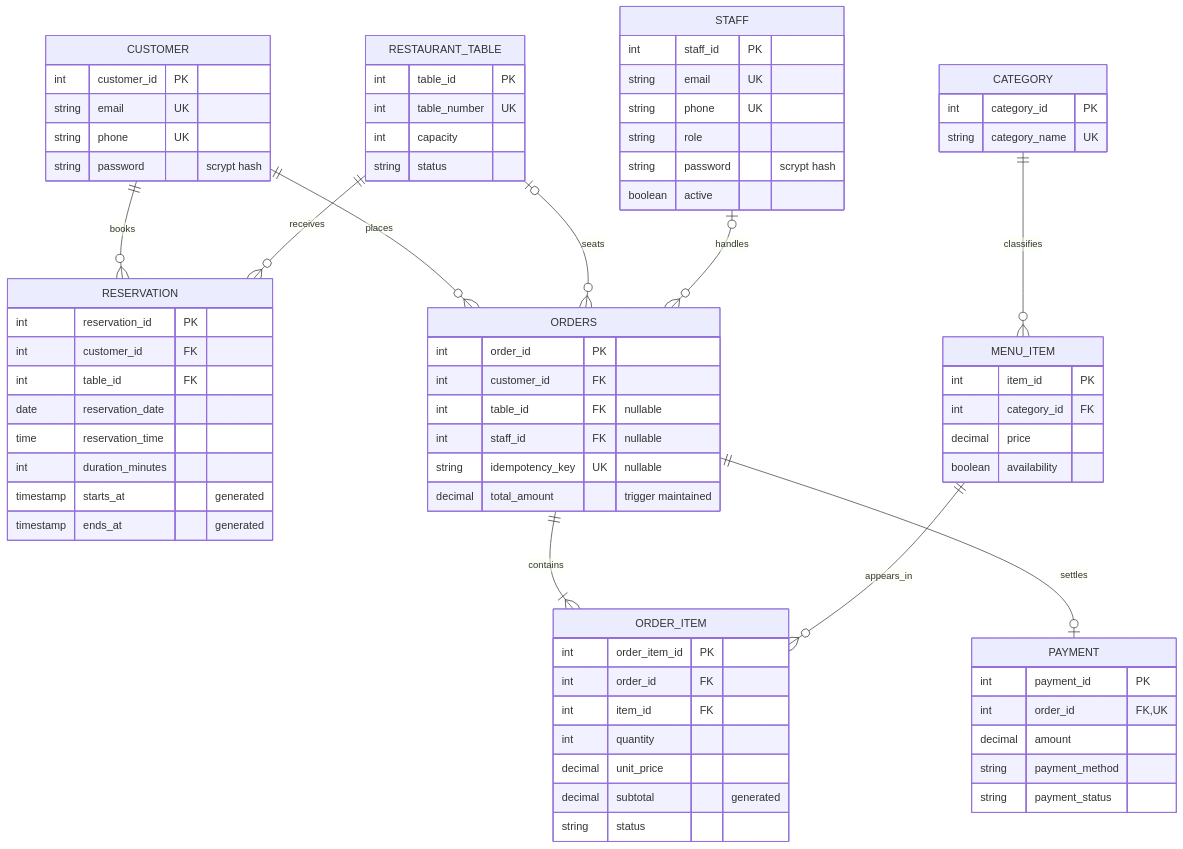
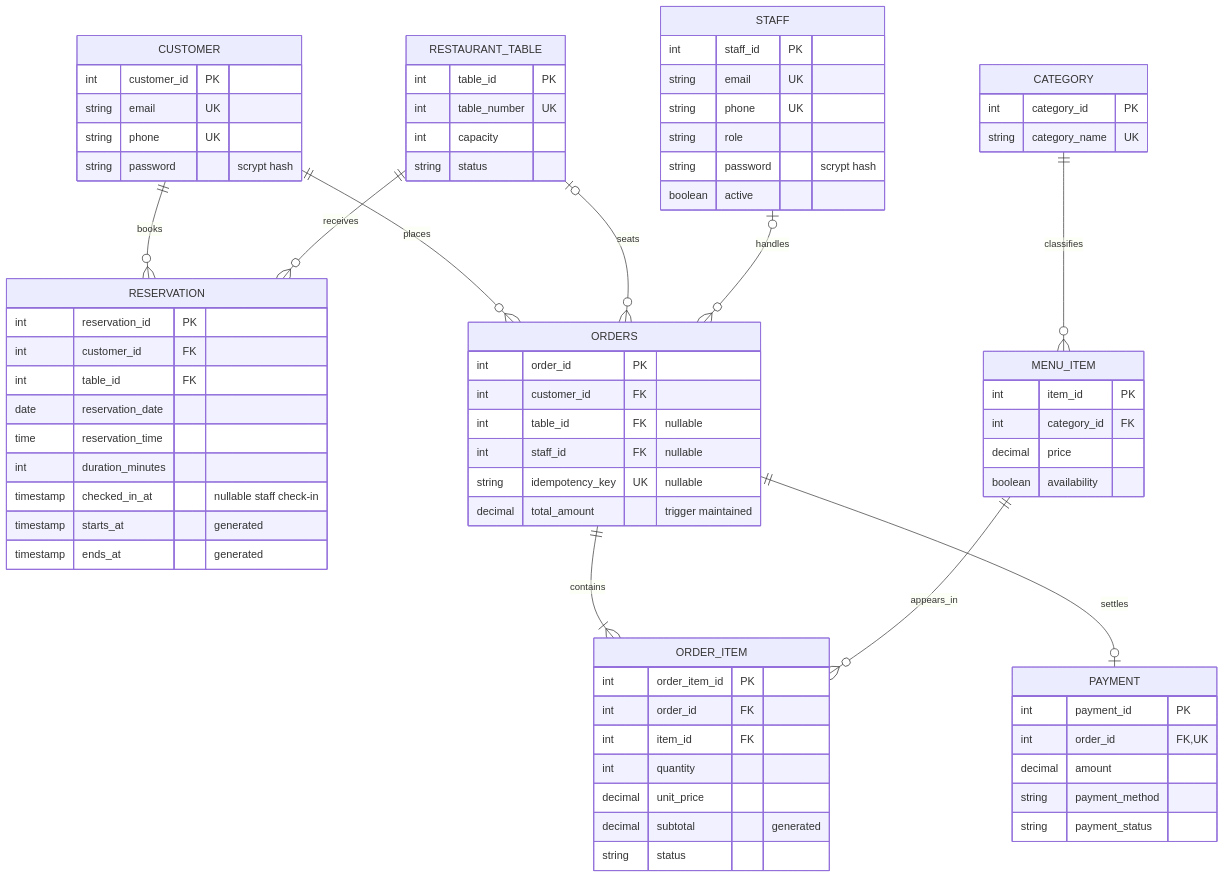
Before and after one commit to Aditya-1209/DBMS_Smart_RestaurantBookingSystem: the first of 2 diagrams in docs/er-diagram.md, drawn with Mermaid. The commit also changed 27 other files, not shown here.

````diff
--- a/docs/er-diagram.md
+++ b/docs/er-diagram.md
@@ -5,76 +5,77 @@
 ```mermaid
 erDiagram
   CUSTOMER ||--o{ RESERVATION : books
   RESTAURANT_TABLE ||--o{ RESERVATION : receives
   CUSTOMER ||--o{ ORDERS : places
   RESTAURANT_TABLE o|--o{ ORDERS : seats
   STAFF o|--o{ ORDERS : handles
   CATEGORY ||--o{ MENU_ITEM : classifies
   ORDERS ||--|{ ORDER_ITEM : contains
   MENU_ITEM ||--o{ ORDER_ITEM : appears_in
   ORDERS ||--o| PAYMENT : settles
   CUSTOMER {
     int customer_id PK
     string email UK
     string phone UK
     string password "scrypt hash"
   }
   STAFF {
     int staff_id PK
     string email UK
     string phone UK
     string role
     string password "scrypt hash"
     boolean active
   }
   RESTAURANT_TABLE {
     int table_id PK
     int table_number UK
     int capacity
     string status
   }
   CATEGORY {
     int category_id PK
     string category_name UK
   }
   MENU_ITEM {
     int item_id PK
     int category_id FK
     decimal price
     boolean availability
   }
   RESERVATION {
     int reservation_id PK
     int customer_id FK
     int table_id FK
     date reservation_date
     time reservation_time
     int duration_minutes
+    timestamp checked_in_at "nullable staff check-in"
     timestamp starts_at "generated"
     timestamp ends_at "generated"
   }
   ORDERS {
     int order_id PK
     int customer_id FK
     int table_id FK "nullable"
     int staff_id FK "nullable"
     string idempotency_key UK "nullable"
     decimal total_amount "trigger maintained"
   }
   ORDER_ITEM {
     int order_item_id PK
     int order_id FK
     int item_id FK
     int quantity
     decimal unit_price
     decimal subtotal "generated"
     string status
   }
   PAYMENT {
     int payment_id PK
     int order_id FK,UK
     decimal amount
     string payment_method
     string payment_status
   }
 ```
````
